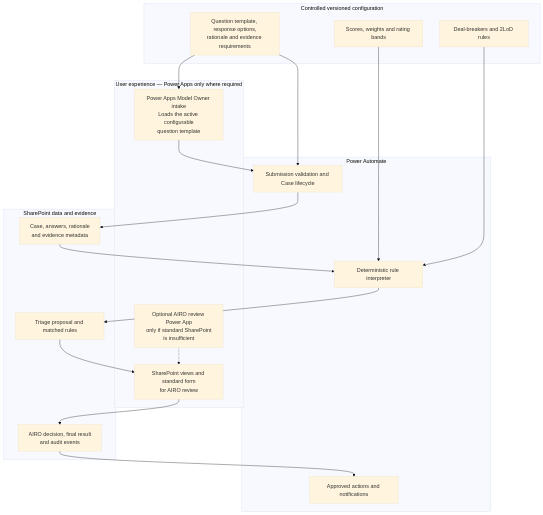
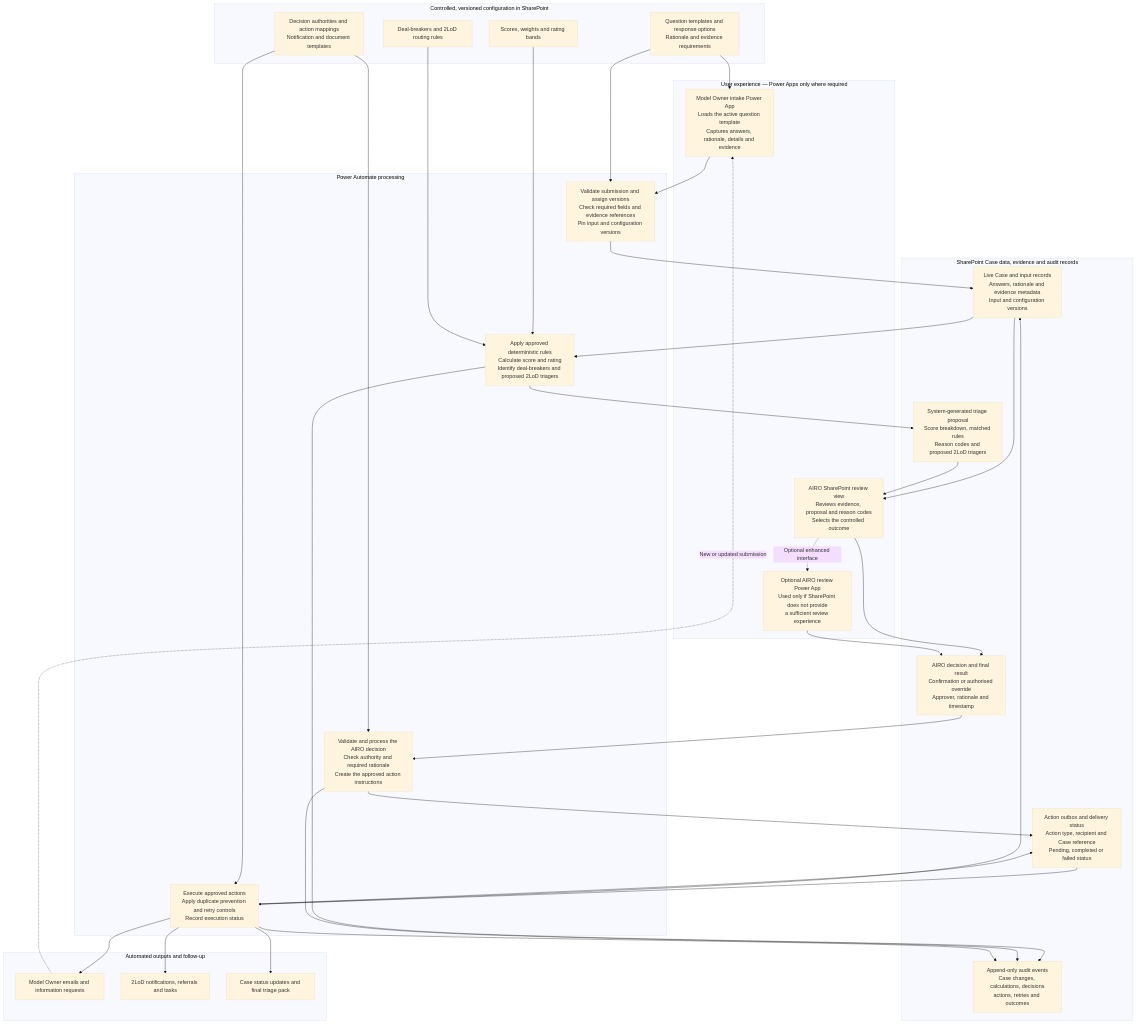
Before and after one commit to phd08bl/model_registry_hugging: the second of 2 diagrams in AI-Risk-Triage-V1-Blueprint.md, drawn with Mermaid (base theme). The commit also changed other lines of this file and 1 other file, not shown here.

````diff
--- a/AI-Risk-Triage-V1-Blueprint.md
+++ b/AI-Risk-Triage-V1-Blueprint.md
@@ -28,39 +47,87 @@
 ```mermaid
 flowchart TD
     subgraph UX["User experience — Power Apps only where required"]
-        U1["Power Apps Model Owner intake<br/>Loads the active configurable<br/>question template"]
-        U2["SharePoint views and standard form<br/>for AIRO review"]
-        U3["Optional AIRO review Power App<br/>only if standard SharePoint<br/>is insufficient"]
+        U1["Model Owner intake Power App<br/>Loads the active question template<br/>Captures answers, rationale, details and evidence"]
+
+        U2["AIRO SharePoint review view<br/>Reviews evidence, proposal and reason codes<br/>Selects the controlled outcome"]
+
+        U3["Optional AIRO review Power App<br/>Used only if SharePoint does not provide<br/>a sufficient review experience"]
     end
 
-    subgraph PA["Power Automate"]
-        P1["Submission validation and Case lifecycle"]
-        P2["Deterministic rule interpreter"]
-        P3["Approved actions and notifications"]
+    subgraph CFG["Controlled, versioned configuration in SharePoint"]
+        C1["Question templates and response options<br/>Rationale and evidence requirements"]
+
+        C2["Scores, weights and rating bands"]
+
+        C3["Deal-breakers and 2LoD routing rules"]
+
+        C4["Decision authorities and action mappings<br/>Notification and document templates"]
     end
 
-    subgraph SP["SharePoint data and evidence"]
-        S1["Case, answers, rationale<br/>and evidence metadata"]
-        S2["Triage proposal and matched rules"]
-        S3["AIRO decision, final result<br/>and audit events"]
+    subgraph PA["Power Automate processing"]
+        P1["Validate submission and assign versions<br/>Check required fields and evidence references<br/>Pin input and configuration versions"]
+
+        P2["Apply approved deterministic rules<br/>Calculate score and rating<br/>Identify deal-breakers and proposed 2LoD triagers"]
+
+        P3["Validate and process the AIRO decision<br/>Check authority and required rationale<br/>Create the approved action instructions"]
+
+        P4["Execute approved actions<br/>Apply duplicate prevention and retry controls<br/>Record execution status"]
     end
 
-    subgraph CFG["Controlled versioned configuration"]
-        C1["Question template, response options,<br/>rationale and evidence requirements"]
-        C2["Scores, weights and rating bands"]
-        C3["Deal-breakers and 2LoD rules"]
+    subgraph SP["SharePoint Case data, evidence and audit records"]
+        S1["Live Case and input records<br/>Answers, rationale and evidence metadata<br/>Input and configuration versions"]
+
+        S2["System-generated triage proposal<br/>Score breakdown, matched rules<br/>Reason codes and proposed 2LoD triagers"]
+
+        S3["AIRO decision and final result<br/>Confirmation or authorised override<br/>Approver, rationale and timestamp"]
+
+        S4["Action outbox and delivery status<br/>Action type, recipient and Case reference<br/>Pending, completed or failed status"]
+
+        S5["Append-only audit events<br/>Case changes, calculations, decisions<br/>actions, retries and outcomes"]
     end
 
+    subgraph OUT["Automated outputs and follow-up"]
+        O1["Model Owner emails and information requests"]
+
+        O2["2LoD notifications, referrals and tasks"]
+
+        O3["Case status updates and final triage pack"]
+    end
+
+    C1 --> U1
     U1 --> P1
+    C1 --> P1
+
     P1 --> S1
     S1 --> P2
-    C1 --> P1
     C2 --> P2
     C3 --> P2
+
     P2 --> S2
+    P2 --> S5
+
+    S1 --> U2
     S2 --> U2
+
+    U2 -. "Optional enhanced interface" .-> U3
     U2 --> S3
+    U3 --> S3
+
+    C4 --> P3
     S3 --> P3
-    C1 --> U1
-    U3 -.-> U2
+    P3 --> S4
+    P3 --> S5
+
+    S4 --> P4
+    C4 --> P4
+
+    P4 --> O1
+    P4 --> O2
+    P4 --> O3
+
+    P4 --> S1
+    P4 --> S4
+    P4 --> S5
+
+    O1 -. "New or updated submission" .-> U1
 ```
````
